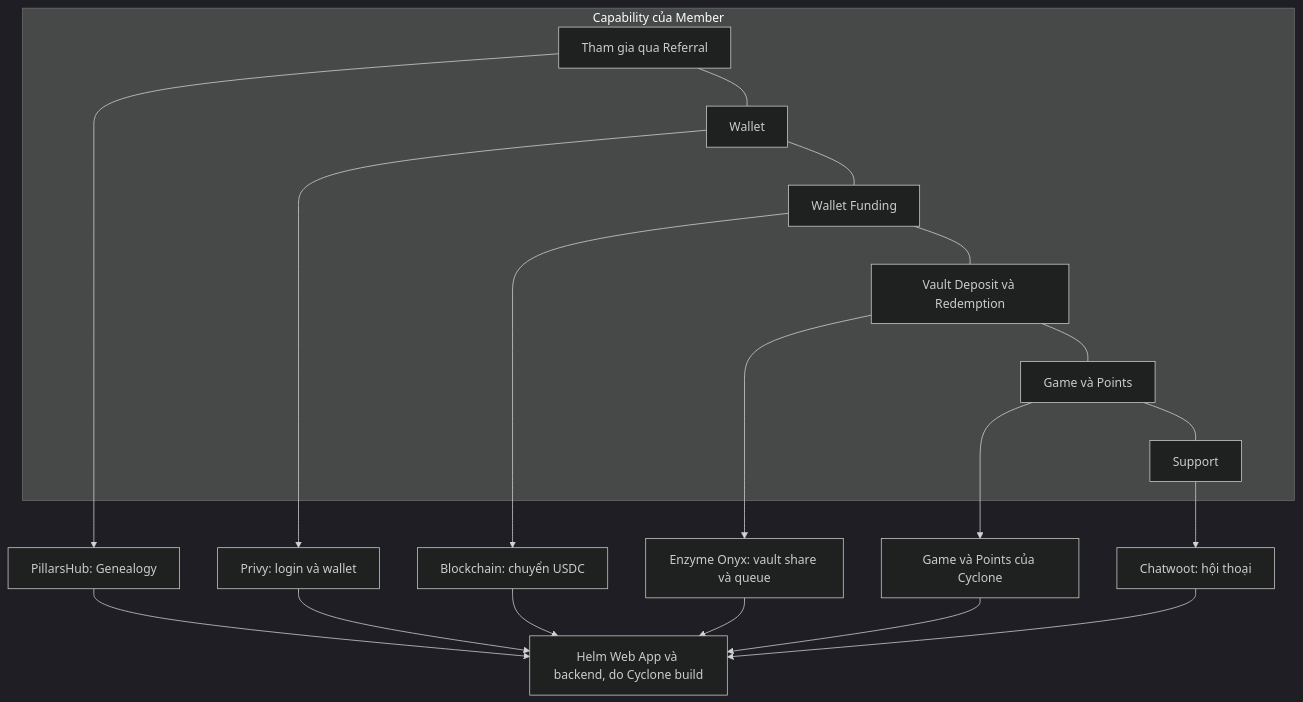
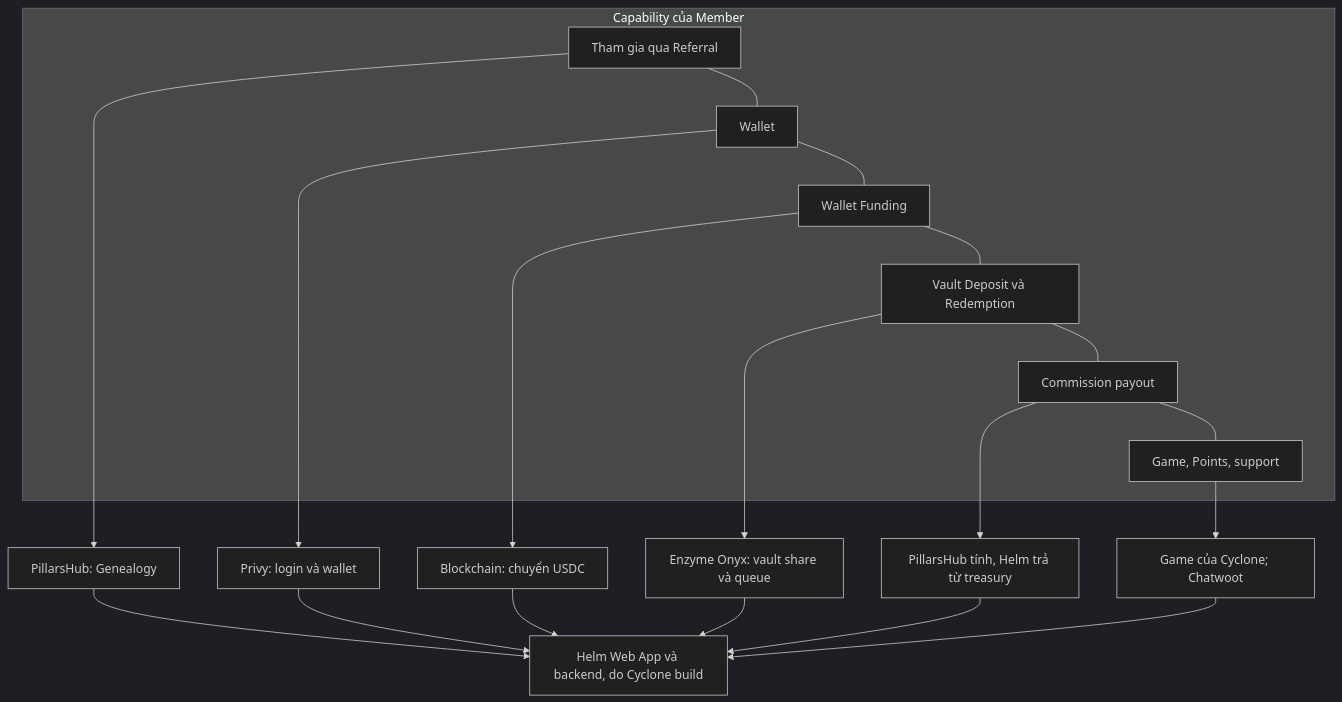
The first of 2 diagrams in work/vi/part1-vi.md (lpham/Helm-Phase-0), drawn with Mermaid (dark theme) before and after one commit. The commit also changed other lines of this file and 19 other files, not shown here.

````diff
--- a/work/vi/part1-vi.md
+++ b/work/vi/part1-vi.md
@@ -66,13 +72,13 @@
 ```{.mermaid #fig-capabilities caption="Các business capability, platform cung cấp từng capability và phần Cyclone build."}
 flowchart TB
   subgraph Capability của Member
-    A[Tham gia qua Referral] --- B[Wallet] --- C[Wallet Funding] --- D[Vault Deposit và Redemption] --- E[Game và Points] --- F[Support]
+    A[Tham gia qua Referral] --- B[Wallet] --- C[Wallet Funding] --- D[Vault Deposit và Redemption] --- E[Commission payout] --- F[Game, Points, support]
   end
   A --> PH[PillarsHub: Genealogy]
   B --> PV[Privy: login và wallet]
   C --> CH[Blockchain: chuyển USDC]
   D --> ON[Enzyme Onyx: vault share và queue]
-  E --> GM[Game và Points của Cyclone]
-  F --> CW[Chatwoot: hội thoại]
-  PH & PV & CH & ON & GM & CW --> HB[Helm Web App và backend, do Cyclone build]
+  E --> PC[PillarsHub tính, Helm trả từ treasury]
+  F --> CW[Game của Cyclone; Chatwoot]
+  PH & PV & CH & ON & PC & CW --> HB[Helm Web App và backend, do Cyclone build]
 ```
````
